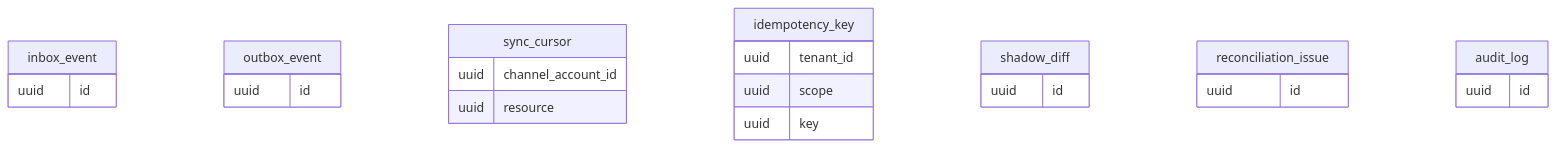
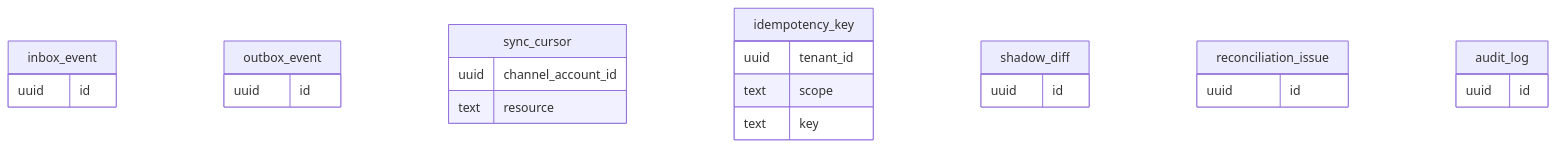
Before and after one commit to Narote-Dev/ThaiShopFun-OMS: the seventh of 8 diagrams in docs/db/DATA-DICTIONARY.md, drawn with Mermaid. The commit also changed other lines of this file and 9 other files, not shown here.

````diff
--- a/docs/db/DATA-DICTIONARY.md
+++ b/docs/db/DATA-DICTIONARY.md
@@ -151,27 +151,27 @@
 ```mermaid
 erDiagram
   inbox_event {
     uuid id
   }
   outbox_event {
     uuid id
   }
   sync_cursor {
     uuid channel_account_id
-    uuid resource
+    text resource
   }
   idempotency_key {
     uuid tenant_id
-    uuid scope
-    uuid key
+    text scope
+    text key
   }
   shadow_diff {
     uuid id
   }
   reconciliation_issue {
     uuid id
   }
   audit_log {
     uuid id
   }
 ```
````
